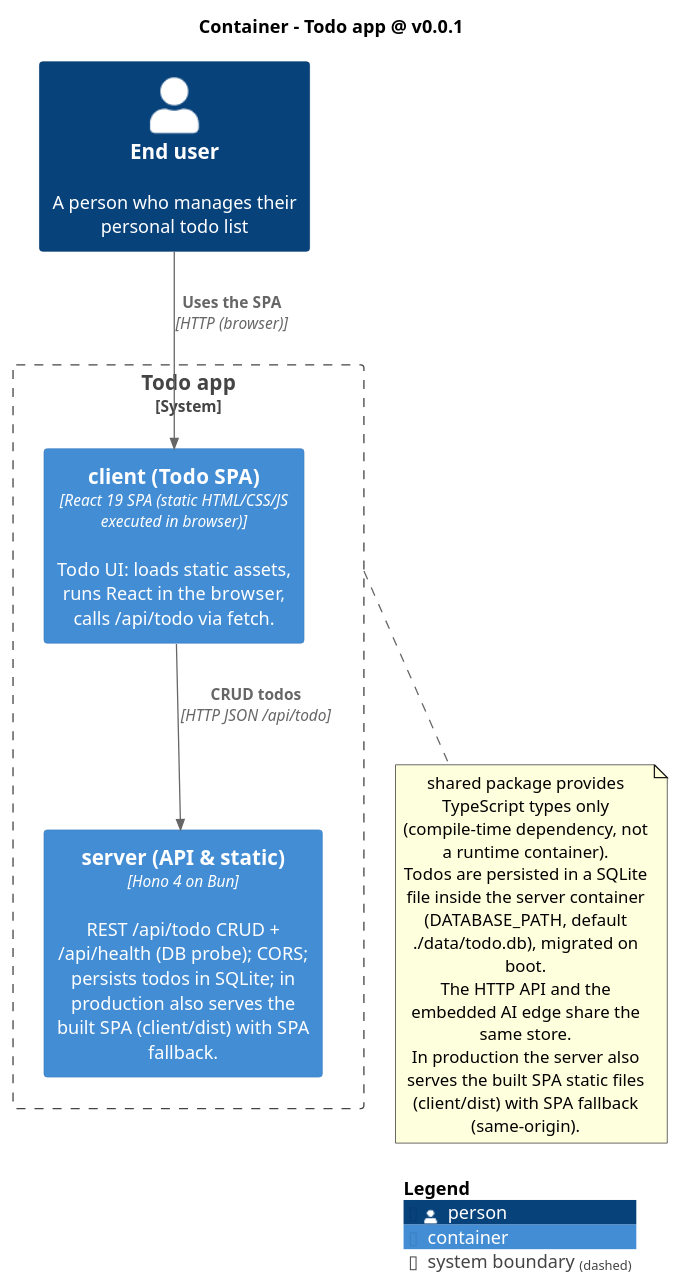
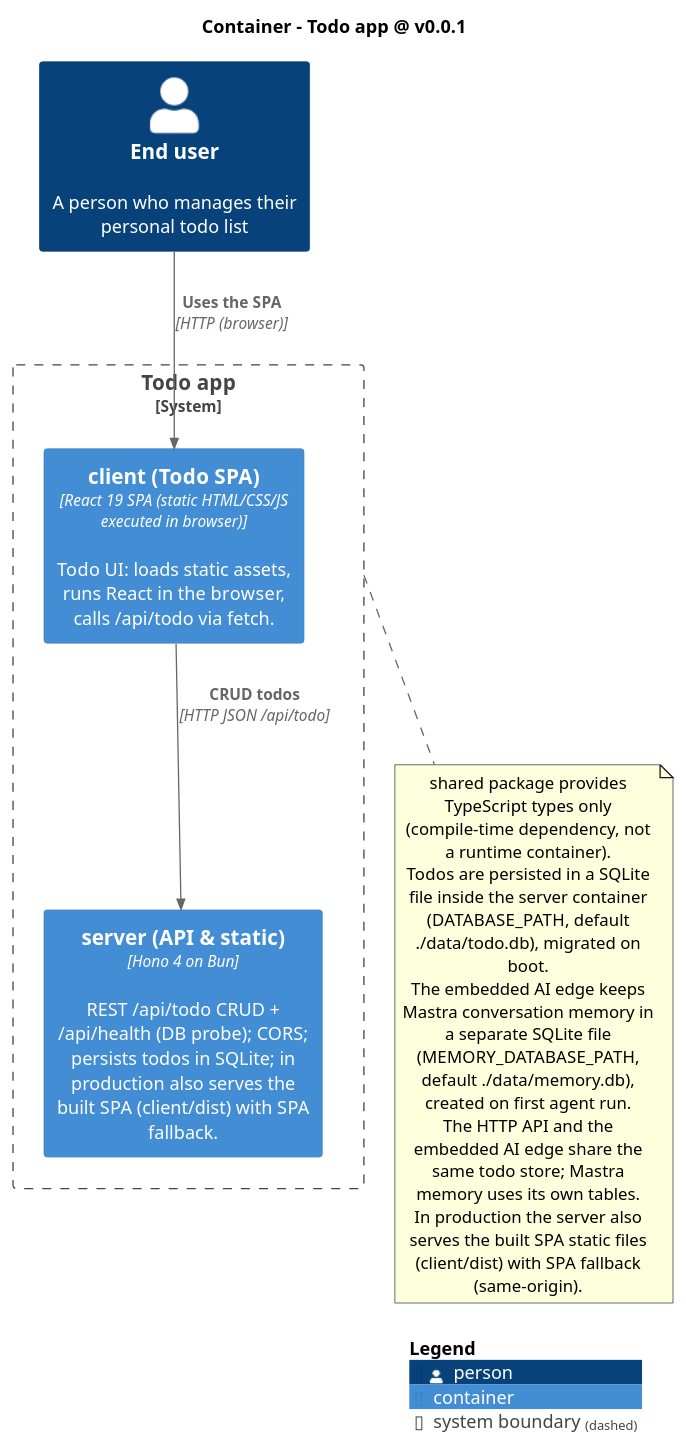
One commit to MemoryIt/todo changed the diagram in docs/architecture/diagrams/02-container.puml. Above: the diagram before and after it, drawn with PlantUML. The commit also changed 5 other files, not shown here.

First line of the commit message:
docs(config): configure and document the Mastra memory database

```diff
--- a/docs/architecture/diagrams/02-container.puml
+++ b/docs/architecture/diagrams/02-container.puml
@@ -1,23 +1,24 @@
 @startuml
 !include <C4/C4_Container>
 title Container - Todo app @ v0.0.1
 
 Person(user, "End user", "A person who manages their personal todo list")
 
 System_Boundary(b, "Todo app") {
   Container(client, "client (Todo SPA)", "React 19 SPA (static HTML/CSS/JS executed in browser)", "Todo UI: loads static assets, runs React in the browser, calls /api/todo via fetch.")
   Container(server, "server (API & static)", "Hono 4 on Bun", "REST /api/todo CRUD + /api/health (DB probe); CORS; persists todos in SQLite; in production also serves the built SPA (client/dist) with SPA fallback.")
 }
 
 Rel(user, client, "Uses the SPA", "HTTP (browser)")
 Rel(client, server, "CRUD todos", "HTTP JSON /api/todo")
 
 note bottom of b
   shared package provides TypeScript types only (compile-time dependency, not a runtime container).
   Todos are persisted in a SQLite file inside the server container (DATABASE_PATH, default ./data/todo.db), migrated on boot.
-  The HTTP API and the embedded AI edge share the same store.
+  The embedded AI edge keeps Mastra conversation memory in a separate SQLite file (MEMORY_DATABASE_PATH, default ./data/memory.db), created on first agent run.
+  The HTTP API and the embedded AI edge share the same todo store; Mastra memory uses its own tables.
   In production the server also serves the built SPA static files (client/dist) with SPA fallback (same-origin).
 end note
 
 SHOW_LEGEND()
 @enduml
```
